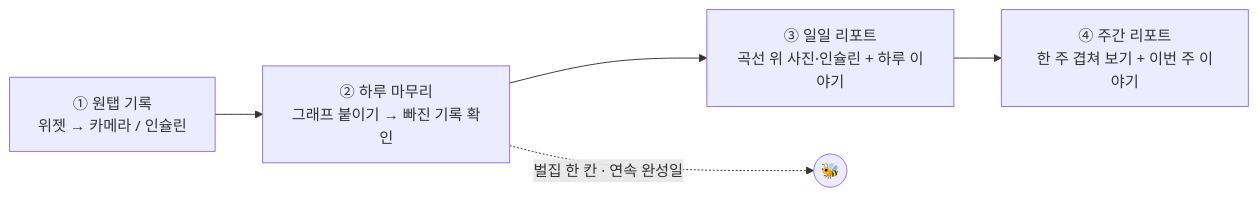
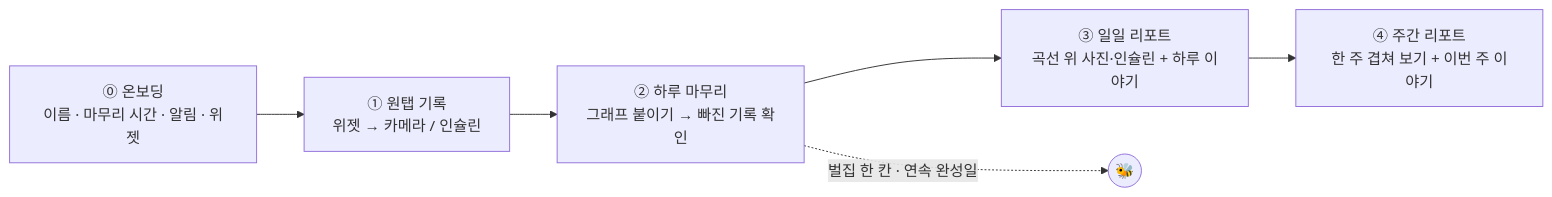
One commit to glubee/glucose changed the first of 4 diagrams in README.md. Above: the diagram before and after it, drawn with Mermaid. The commit also changed other lines of this file and 2 other files, not shown here.

First line of the commit message:
docs: README에 온보딩 흐름과 목업 추가

````diff
--- a/README.md
+++ b/README.md
@@ -51,7 +51,8 @@
 ```mermaid
 flowchart LR
+    O["⓪ 온보딩<br/>이름 · 마무리 시간 · 알림 · 위젯"] --> A
     A["① 원탭 기록<br/>위젯 → 카메라 / 인슐린"] --> B["② 하루 마무리<br/>그래프 붙이기 → 빠진 기록 확인"]
     B --> C["③ 일일 리포트<br/>곡선 위 사진·인슐린 + 하루 이야기"]
     C --> D["④ 주간 리포트<br/>한 주 겹쳐 보기 + 이번 주 이야기"]
     B -. "벌집 한 칸 · 연속 완성일" .-> E(("🐝"))
 ```
````
